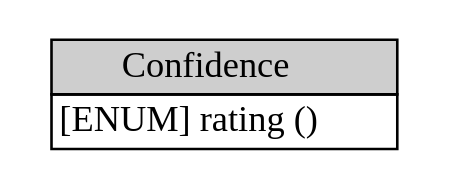
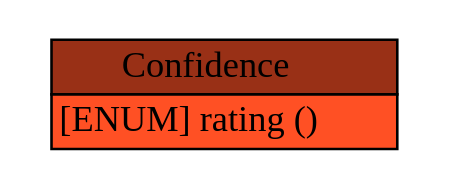
One commit to Moutix/idmef_parser changed the diagram in idmef/graph/Confidence.dot. Above: the diagram before and after it, drawn with Graphviz. The commit also changed 257 other files, not shown here.

Commit message:
Add color in IDMEF graph

```diff
--- a/idmef/graph/Confidence.dot
+++ b/idmef/graph/Confidence.dot
@@ -1,6 +1,6 @@
 digraph Confidence {
 	graph [rankdir=LR];
 	node [label="\N"];
 	graph [bb="0,0,142,48"];
-	Confidence [label=<<table BORDER="0" CELLBORDER="1" CELLSPACING="0"> <tr > <td BGCOLOR="#CECECE" HREF="#" TITLE="The Confidence class is used to represent the analyzer&#39;s best estimate of the validity of its analysis. It is represented in the IDMEF DTD as follows: ">Confidence</td> </tr>" %<tr><td HREF="#" TITLE="also Section 10.)">[ENUM] rating () </td></tr>%</table>>, shape=plaintext, pos="71,24", width="1.9444", height="0.68056"];
+	Confidence [label=<<table BORDER="0" CELLBORDER="1" CELLSPACING="0"> <tr > <td BGCOLOR="#993016" HREF="#" TITLE="The Confidence class is used to represent the analyzer&#39;s best estimate of the validity of its analysis. It is represented in the IDMEF DTD as follows: ">Confidence</td> </tr>" %<tr><td BGCOLOR="#FF5024" HREF="#" TITLE="also Section 10.)">[ENUM] rating () </td></tr>%</table>>, shape=plaintext, pos="71,24", width="1.9444", height="0.68056"];
 }
```
